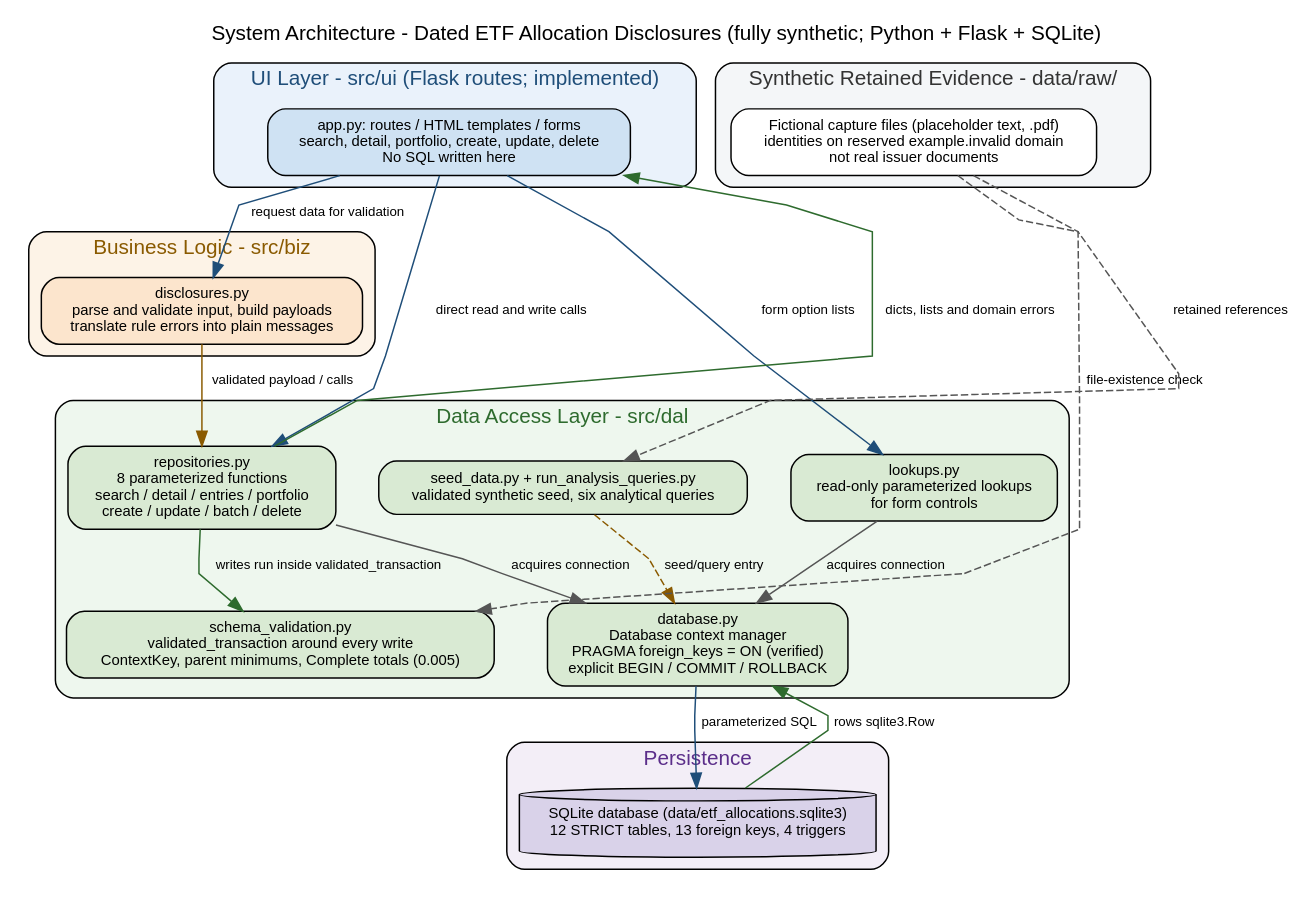
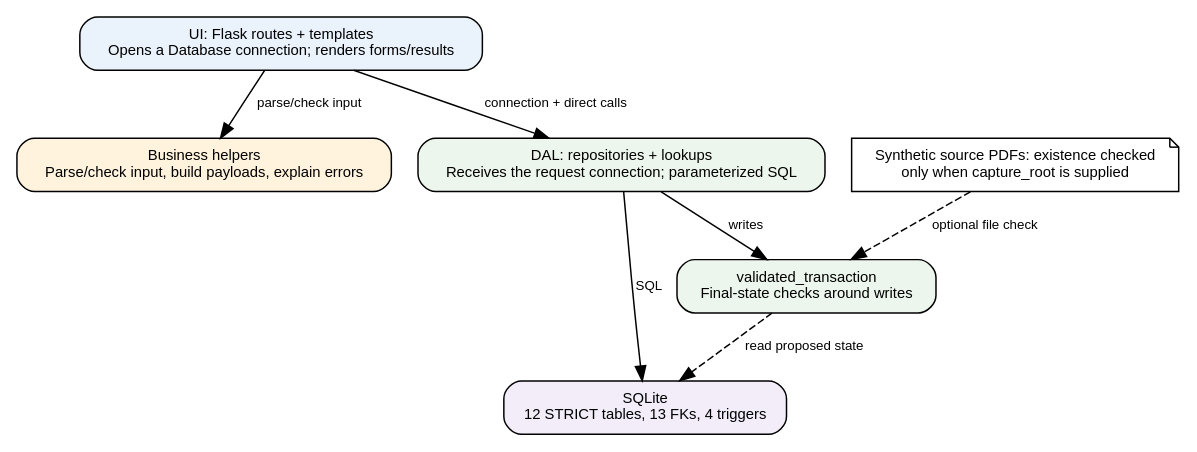
The diagram in milestones/04_relational/figures/system_architecture.dot (Pyrex111/CSC501_Data_Modeling_Project), drawn with Graphviz before and after one commit. The commit also changed 25 other files, not shown here.

First line of the commit message:
Finalize Milestone 4 report and reproducible submission package

```diff
--- a/milestones/04_relational/figures/system_architecture.dot
+++ b/milestones/04_relational/figures/system_architecture.dot
@@ -1,81 +1,19 @@
-// CSC 501 Milestone 4 - system architecture for the fully synthetic
-// Dated ETF Allocation Disclosures demonstration (Python + Flask + SQLite).
-// Render:
-//   dot -Tpng system_architecture.dot -o system_architecture.png
-//   dot -Tpdf system_architecture.dot -o system_architecture.pdf
+// Editable topology. Canonical report layout: scripts/generate_report_figures.py.
+// Optional: dot -Tpdf system_architecture.dot -o architecture_graphviz.pdf
 digraph ETFArchitecture {
-    rankdir="TB";
-    fontname="Helvetica";
-    labelloc="t";
-    label="System Architecture - Dated ETF Allocation Disclosures (fully synthetic; Python + Flask + SQLite)";
-    node [shape=box, style="rounded,filled", fontname="Helvetica", fontsize=10, margin="0.12,0.08"];
-    edge [fontname="Helvetica", fontsize=9, color="#555555"];
-    graph [splines=polyline, nodesep=0.4, ranksep=0.55];
-
-    // ---- UI layer (implemented) -----------------------------------------
-    subgraph cluster_ui {
-        label="UI Layer - src/ui (Flask routes; implemented)";
-        style="rounded,filled"; fillcolor="#eaf2fb"; fontcolor="#1f4e79";
-        routes [label="app.py: routes / HTML templates / forms\nsearch, detail, portfolio, create, update, delete\nNo SQL written here",
-                fillcolor="#cfe2f3"];
-    }
-
-    // ---- Business logic layer -------------------------------------------
-    subgraph cluster_biz {
-        label="Business Logic - src/biz";
-        style="rounded,filled"; fillcolor="#fdf3e7"; fontcolor="#8a5a00";
-        biz [label="disclosures.py\nparse and validate input, build payloads\ntranslate rule errors into plain messages",
-             fillcolor="#fce5cd"];
-    }
-
-    // ---- Data access layer ----------------------------------------------
-    subgraph cluster_dal {
-        label="Data Access Layer - src/dal";
-        style="rounded,filled"; fillcolor="#eef7ee"; fontcolor="#2e6b2e";
-        repos [label="repositories.py\n8 parameterized functions\nsearch / detail / entries / portfolio\ncreate / update / batch / delete",
-               fillcolor="#d9ead3"];
-        lookups [label="lookups.py\nread-only parameterized lookups\nfor form controls",
-                 fillcolor="#d9ead3"];
-        validator [label="schema_validation.py\nvalidated_transaction around every write\nContextKey, parent minimums, Complete totals (0.005)",
-                   fillcolor="#d9ead3"];
-        db [label="database.py\nDatabase context manager\nPRAGMA foreign_keys = ON (verified)\nexplicit BEGIN / COMMIT / ROLLBACK",
-            fillcolor="#d9ead3"];
-        loader [label="seed_data.py + run_analysis_queries.py\nvalidated synthetic seed, six analytical queries",
-                fillcolor="#d9ead3"];
-    }
-
-    // ---- SQLite persistence ---------------------------------------------
-    subgraph cluster_persist {
-        label="Persistence";
-        style="rounded,filled"; fillcolor="#f3eef7"; fontcolor="#5b2e8a";
-        sqlite [shape=cylinder, label="SQLite database (data/etf_allocations.sqlite3)\n12 STRICT tables, 13 foreign keys, 4 triggers",
-                fillcolor="#d9d2e9"];
-    }
-
-    // ---- Synthetic retained evidence ------------------------------------
-    subgraph cluster_evidence {
-        label="Synthetic Retained Evidence - data/raw/";
-        style="rounded,filled"; fillcolor="#f4f6f8"; fontcolor="#333333";
-        raw [label="Fictional capture files (placeholder text, .pdf)\nidentities on reserved example.invalid domain\nnot real issuer documents",
-             fillcolor="#ffffff"];
-    }
-
-    // ---- Request path (forward edges set the layer order) ---------------
-    routes -> biz [label="request data for validation", color="#1f4e79"];
-    routes -> lookups [label="form option lists", color="#1f4e79"];
-    biz -> repos [label="validated payload / calls", color="#8a5a00"];
-    routes -> repos [label="direct read and write calls", color="#1f4e79"];
-    repos -> validator [label="writes run inside validated_transaction", color="#2e6b2e"];
-    repos -> db [label="acquires connection"];
-    lookups -> db [label="acquires connection"];
-    db -> sqlite [label="parameterized SQL", color="#1f4e79"];
-
-    // ---- Return path (constraint=false keeps the vertical order) --------
-    sqlite -> db [label="rows sqlite3.Row", constraint=false, color="#2e6b2e"];
-    repos -> routes [label="dicts, lists and domain errors", constraint=false, color="#2e6b2e"];
-
-    // ---- Seed and evidence links ----------------------------------------
-    loader -> db [label="seed/query entry", style=dashed, color="#8a5a00"];
-    raw -> loader [label="retained references", constraint=false, style=dashed];
-    raw -> validator [label="file-existence check", constraint=false, style=dashed];
+  rankdir=TB;
+  node [shape=box, style="rounded,filled", fontname="Helvetica", fontsize=10];
+  edge [fontname="Helvetica", fontsize=9];
+  routes [label="UI: Flask routes + templates\nOpens a Database connection; renders forms/results", fillcolor="#eaf2fb"];
+  biz [label="Business helpers\nParse/check input, build payloads, explain errors", fillcolor="#fff3de"];
+  repos [label="DAL: repositories + lookups\nReceives the request connection; parameterized SQL", fillcolor="#edf6ed"];
+  validator [label="validated_transaction\nFinal-state checks around writes", fillcolor="#edf6ed"];
+  sqlite [label="SQLite\n12 STRICT tables, 13 FKs, 4 triggers", fillcolor="#f2edf8"];
+  routes -> biz [label="parse/check input"];
+  routes -> repos [label="connection + direct calls"];
+  repos -> validator [label="writes"];
+  repos -> sqlite [label="SQL"];
+  validator -> sqlite [label="read proposed state", style=dashed];
+  capture [shape=note, label="Synthetic source PDFs: existence checked\nonly when capture_root is supplied", fillcolor="#ffffff"];
+  capture -> validator [style=dashed, label="optional file check"];
 }
```
